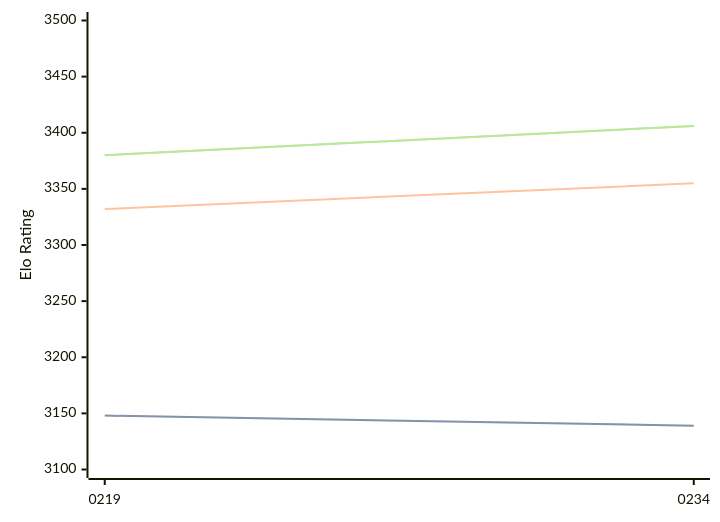
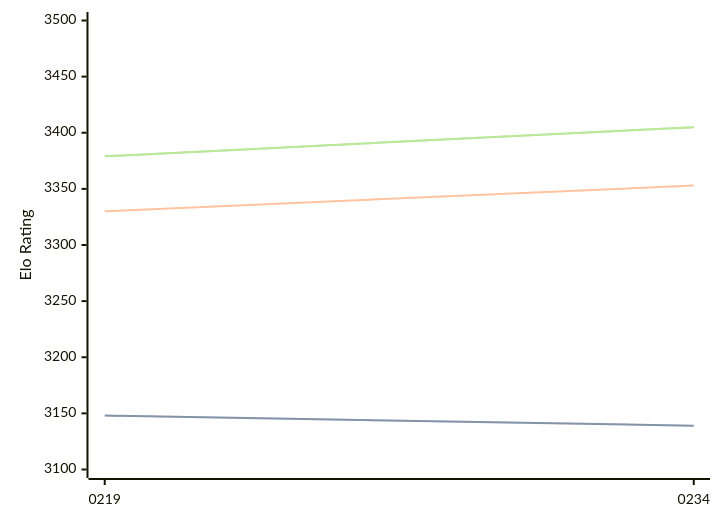
Before and after one commit to computer-chess-index/cci: the diagram in engines/Ynode.md, drawn with Mermaid. The commit also changed other lines of this file, not shown here.

Commit message:
Update CCI Ratings (ELO VLTC) - 2026-10-01

````diff
--- a/engines/Ynode.md
+++ b/engines/Ynode.md
@@ -32,11 +32,11 @@
 ```mermaid
 %%{init: {"theme":"base","themeVariables":{"seriesColors:['#a3a3a3','#222221','#faa371']}}}%%
 xychart-beta
   x-axis ["0219", "0234"]
   y-axis "Elo Rating" 3100 --> 3500
   line "" [3148, 3139]
   line "STC (8.0+0.08s)" [3148, 3139]
-  line "LTC (60.0+0.60s)" [3332, 3355]
-  line "" [3380, 3406]
-  line "VLTC (2m24s+1.12s)" [3380, 3406]
+  line "LTC (60.0+0.60s)" [3330, 3353]
+  line "" [3379, 3405]
+  line "VLTC (2m24s+1.12s)" [3379, 3405]
 ```
````
